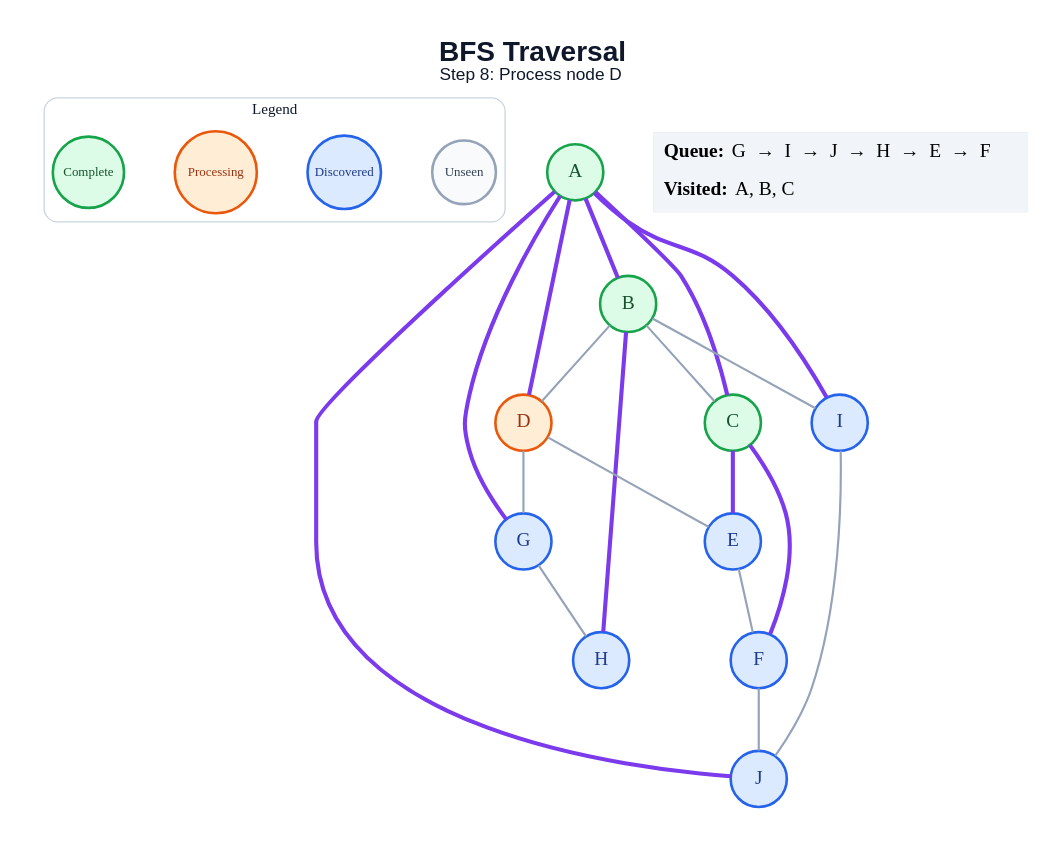
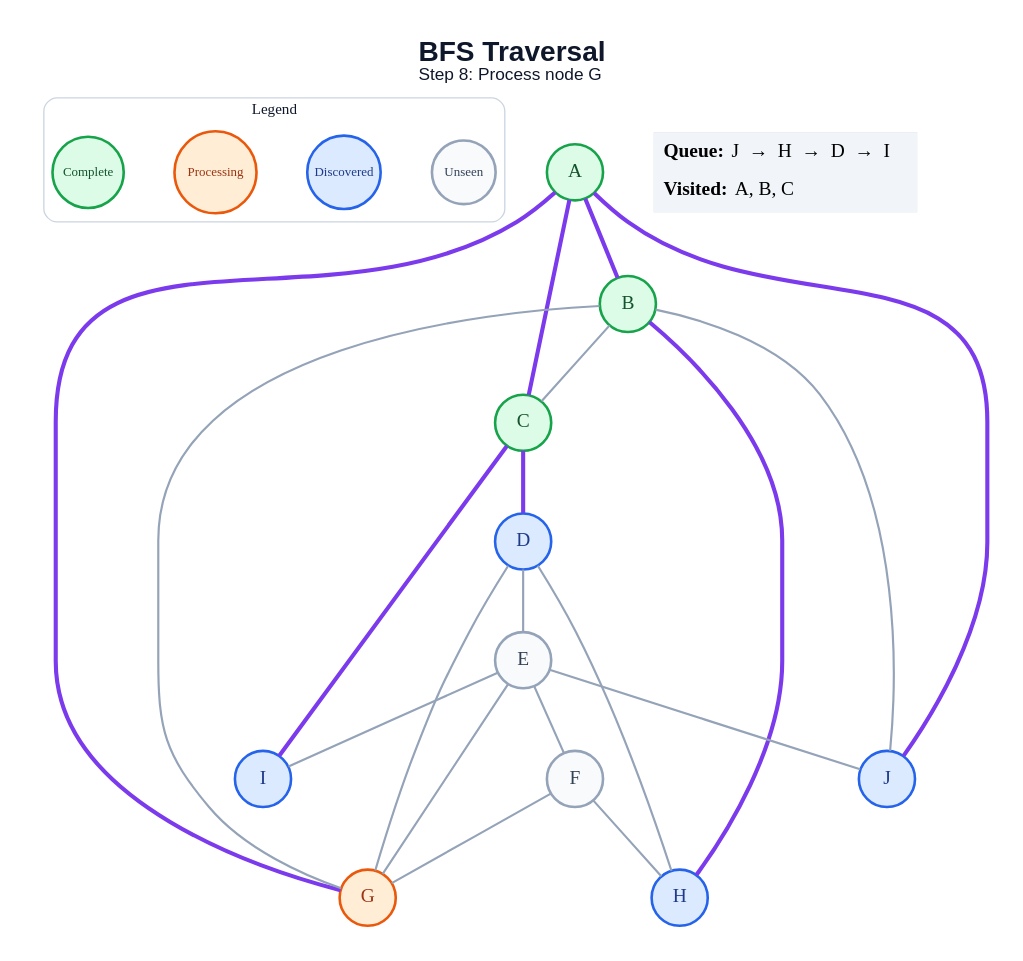
Before and after one commit to amanghodawala9/ai-slop: the diagram in generated/bfs/step_08.dot, drawn with Graphviz. The commit also changed 178 other files, not shown here.

```diff
--- a/generated/bfs/step_08.dot
+++ b/generated/bfs/step_08.dot
@@ -1,47 +1,48 @@
 graph traversal {
   graph [layout=dot, rankdir=TB, bgcolor="#FFFFFF", pad="0.35", nodesep="0.65", ranksep="0.8", fontname="Arial"];
   node [shape=circle, style="filled", fontname="Arial Bold", fontsize=18, width=0.72, fixedsize=true, penwidth=2.4];
   edge [color="#94A3B8", penwidth=2.0];
-  label=<<B>BFS Traversal</B><BR/><FONT POINT-SIZE="16">Step 8: Process node D</FONT>>; labelloc="t"; fontsize=26; fontname="Arial"; fontcolor="#0F172A";
+  label=<<B>BFS Traversal</B><BR/><FONT POINT-SIZE="16">Step 8: Process node G</FONT>>; labelloc="t"; fontsize=26; fontname="Arial"; fontcolor="#0F172A";
   subgraph cluster_legend { label="Legend"; color="#CBD5E1"; penwidth=1.2; style="rounded"; fontsize=14; fontname="Arial Bold";
     key_unseen [label="Unseen", fillcolor="#F8FAFC", color="#94A3B8", fontcolor="#334155", fontsize=12, width=0.82];
     key_frontier [label="Discovered", fillcolor="#DBEAFE", color="#2563EB", fontcolor="#1E3A8A", fontsize=12, width=0.95];
     key_current [label="Processing", fillcolor="#FFEDD5", color="#EA580C", fontcolor="#9A3412", fontsize=12, width=1.05];
     key_done [label="Complete", fillcolor="#DCFCE7", color="#16A34A", fontcolor="#14532D", fontsize=12, width=0.92];
     { rank=same; key_unseen; key_frontier; key_current; key_done; }
   }
   A [fillcolor="#DCFCE7", color="#16A34A", fontcolor="#14532D"];
   B [fillcolor="#DCFCE7", color="#16A34A", fontcolor="#14532D"];
   C [fillcolor="#DCFCE7", color="#16A34A", fontcolor="#14532D"];
-  D [fillcolor="#FFEDD5", color="#EA580C", fontcolor="#9A3412"];
-  E [fillcolor="#DBEAFE", color="#2563EB", fontcolor="#1E3A8A"];
-  F [fillcolor="#DBEAFE", color="#2563EB", fontcolor="#1E3A8A"];
-  G [fillcolor="#DBEAFE", color="#2563EB", fontcolor="#1E3A8A"];
+  D [fillcolor="#DBEAFE", color="#2563EB", fontcolor="#1E3A8A"];
+  E [fillcolor="#F8FAFC", color="#94A3B8", fontcolor="#334155"];
+  F [fillcolor="#F8FAFC", color="#94A3B8", fontcolor="#334155"];
+  G [fillcolor="#FFEDD5", color="#EA580C", fontcolor="#9A3412"];
   H [fillcolor="#DBEAFE", color="#2563EB", fontcolor="#1E3A8A"];
   I [fillcolor="#DBEAFE", color="#2563EB", fontcolor="#1E3A8A"];
   J [fillcolor="#DBEAFE", color="#2563EB", fontcolor="#1E3A8A"];
   A -- B [color="#7C3AED", penwidth=3.8];
   A -- C [color="#7C3AED", penwidth=3.8];
-  A -- D [color="#7C3AED", penwidth=3.8];
   A -- G [color="#7C3AED", penwidth=3.8];
-  A -- I [color="#7C3AED", penwidth=3.8];
   A -- J [color="#7C3AED", penwidth=3.8];
   B -- C;
-  B -- D;
+  B -- G;
   B -- H [color="#7C3AED", penwidth=3.8];
-  B -- I;
-  C -- E [color="#7C3AED", penwidth=3.8];
-  C -- F [color="#7C3AED", penwidth=3.8];
+  B -- J;
+  C -- D [color="#7C3AED", penwidth=3.8];
+  C -- I [color="#7C3AED", penwidth=3.8];
   D -- E;
   D -- G;
+  D -- H;
   E -- F;
-  F -- J;
-  G -- H;
-  I -- J;
+  E -- G;
+  E -- I;
+  E -- J;
+  F -- G;
+  F -- H;
   status [shape=plain, fixedsize=false, width=0, height=0, margin=0, label=<
     <TABLE BORDER="0" CELLBORDER="0" CELLPADDING="7" BGCOLOR="#F1F5F9">
-      <TR><TD ALIGN="LEFT"><B>Queue:</B> G  →  I  →  J  →  H  →  E  →  F</TD></TR>
+      <TR><TD ALIGN="LEFT"><B>Queue:</B> J  →  H  →  D  →  I</TD></TR>
       <TR><TD ALIGN="LEFT"><B>Visited:</B> A, B, C</TD></TR>
     </TABLE>
   >];
 }
```
